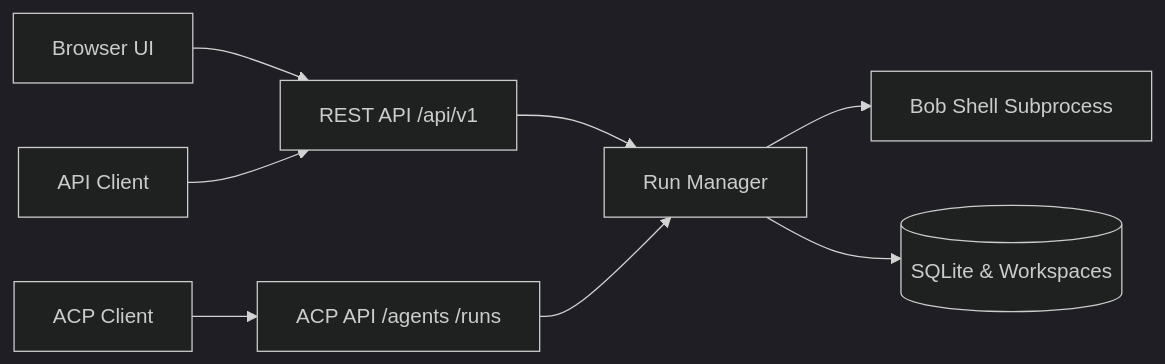
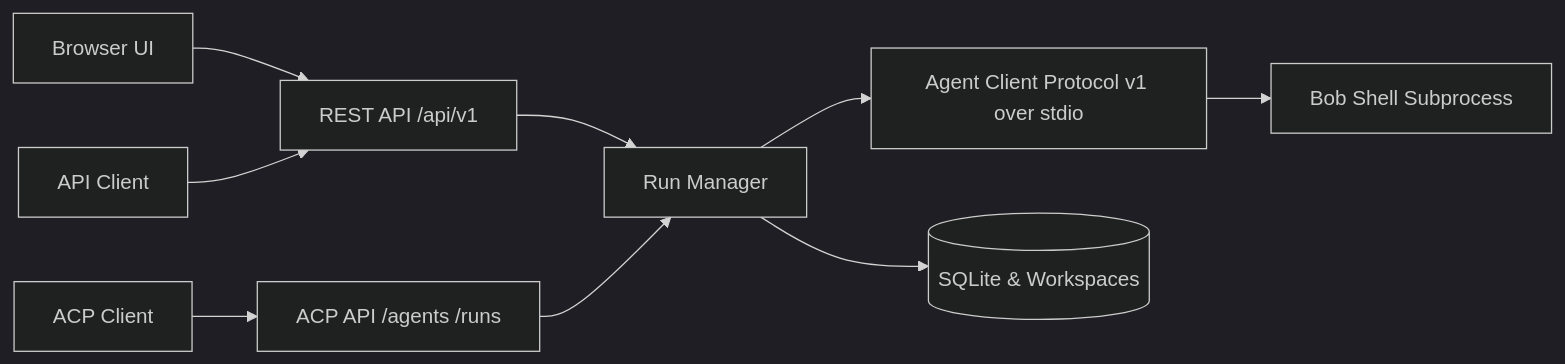
The diagram in ai/ai-engineering/headless-bob/README.md (ibm-self-serve-assets/building-blocks), drawn with Mermaid (dark theme) before and after one commit. The commit also changed other lines of this file and 12 other files, not shown here.

Commit message:
feat(headless-bob): use Agent Client Protocol for REST and partner APIs

````diff
--- a/ai/ai-engineering/headless-bob/README.md
+++ b/ai/ai-engineering/headless-bob/README.md
@@ -18,10 +18,11 @@
 ```mermaid
 flowchart LR
     UI[Browser UI] --> REST[REST API /api/v1]
     Client[API Client] --> REST
     Agent[ACP Client] --> ACP[ACP API /agents /runs]
     REST --> Manager[Run Manager]
     ACP --> Manager
-    Manager --> Bob[Bob Shell Subprocess]
+    Manager --> Runtime[Agent Client Protocol v1 over stdio]
+    Runtime --> Bob[Bob Shell Subprocess]
     Manager --> Store[(SQLite & Workspaces)]
 ```
````
